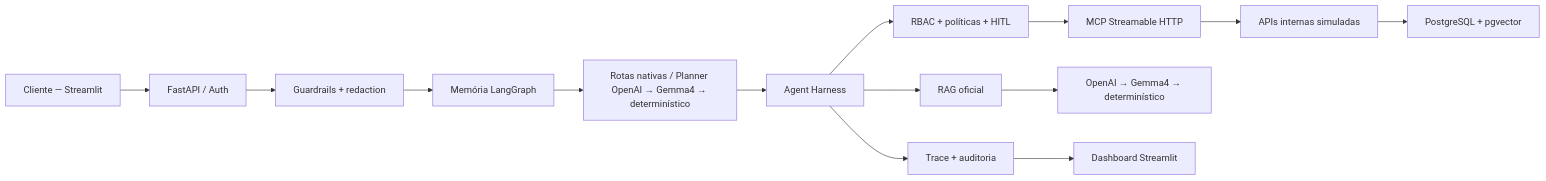
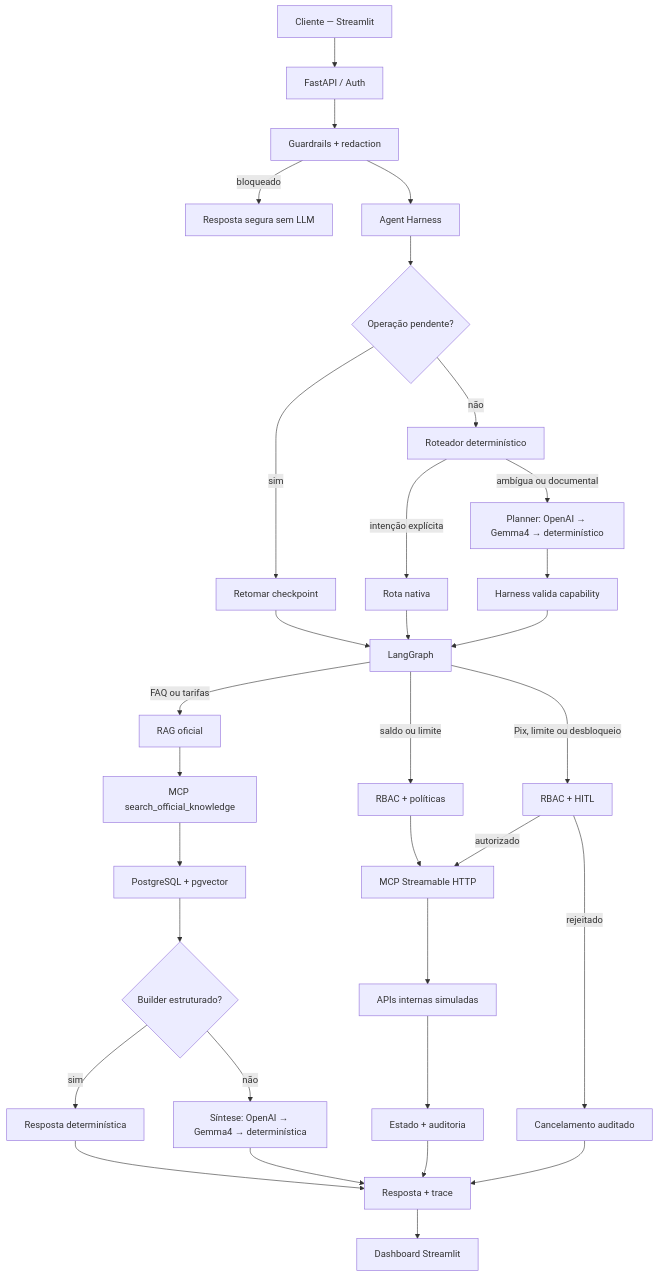
One commit to fabiopolli/intelligent-banking-agent changed the diagram in README.md. Above: the diagram before and after it, drawn with Mermaid. The commit also changed other lines of this file, not shown here.

Commit message:
fix: corrigir fluxo conversacional, fallback Gemma4 e observabilidade (#3)
* fix(agent): resume pix and add gemma planner fallback

* fix(chat): stabilize prompts and local model timeout

* feat(card): add admin unlock through mcp

* feat(observability): improve dashboard and chat shortcuts

* docs: clarify agent harness architecture flow

````diff
--- a/README.md
+++ b/README.md
@@ -26,16 +26,38 @@
 ```mermaid
-flowchart LR
+flowchart TD
     U["Cliente — Streamlit"] --> A["FastAPI / Auth"]
     A --> G["Guardrails + redaction"]
-    G --> C["Memória LangGraph"]
-    C --> R["Rotas nativas / Planner OpenAI → Gemma4 → determinístico"]
-    R --> H["Agent Harness"]
-    H --> P["RBAC + políticas + HITL"]
-    P --> M["MCP Streamable HTTP"]
+    G -->|bloqueado| X["Resposta segura sem LLM"]
+    G --> H["Agent Harness"]
+    H --> C{"Operação pendente?"}
+    C -->|sim| CP["Retomar checkpoint"]
+    C -->|não| R["Roteador determinístico"]
+    R -->|intenção explícita| N["Rota nativa"]
+    R -->|ambígua ou documental| P["Planner: OpenAI → Gemma4 → determinístico"]
+    CP --> LG["LangGraph"]
+    N --> LG
+    P --> V["Harness valida capability"]
+    V --> LG
+
+    LG -->|saldo ou limite| RB["RBAC + políticas"]
+    LG -->|Pix, limite ou desbloqueio| HITL["RBAC + HITL"]
+    LG -->|FAQ ou tarifas| K["RAG oficial"]
+
+    RB --> M["MCP Streamable HTTP"]
+    HITL -->|autorizado| M
+    HITL -->|rejeitado| Y["Cancelamento auditado"]
     M --> I["APIs internas simuladas"]
-    I --> DB["PostgreSQL + pgvector"]
-    H --> K["RAG oficial"]
-    K --> L["OpenAI → Gemma4 → determinístico"]
-    H --> O["Trace + auditoria"]
-    O --> D["Dashboard Streamlit"]
+    I --> O["Estado + auditoria"]
+
+    K --> S["MCP search_official_knowledge"]
+    S --> DB["PostgreSQL + pgvector"]
+    DB --> B{"Builder estruturado?"}
+    B -->|sim| BD["Resposta determinística"]
+    B -->|não| L["Síntese: OpenAI → Gemma4 → determinística"]
+
+    BD --> T["Resposta + trace"]
+    L --> T
+    O --> T
+    Y --> T
+    T --> D["Dashboard Streamlit"]
 ```
````
